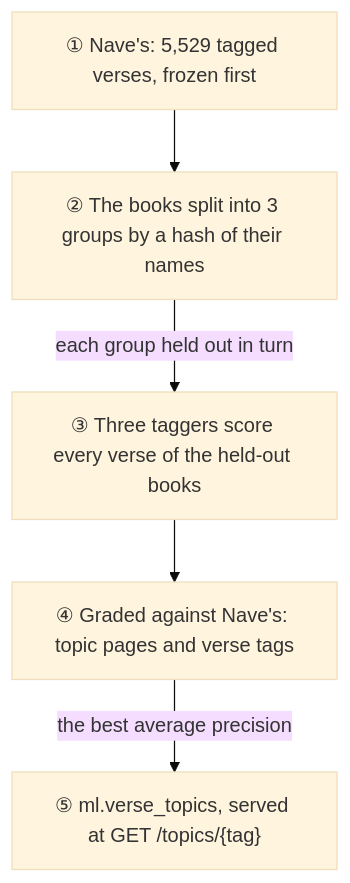
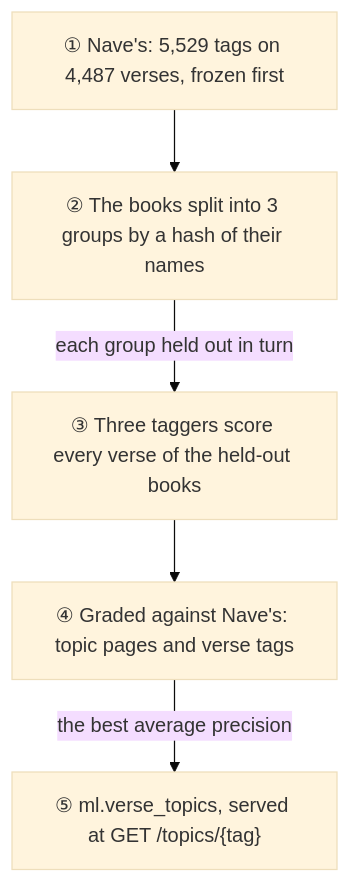
Before and after one commit to OGobidike/Morning-Manna: the diagram in docs/analysis/topic-tags.md, drawn with Mermaid (base theme). The commit also changed other lines of this file and 20 other files, not shown here.

````diff
--- a/docs/analysis/topic-tags.md
+++ b/docs/analysis/topic-tags.md
@@ -21,7 +21,7 @@
 ```mermaid
 flowchart TD
-    K["① Nave's: 5,529 tagged verses, frozen first"] --> G["② The books split into 3 groups by a hash of their names"]
+    K["① Nave's: 5,529 tags on 4,487 verses, frozen first"] --> G["② The books split into 3 groups by a hash of their names"]
     G -->|"each group held out in turn"| T["③ Three taggers score every verse of the held-out books"]
     T --> S["④ Graded against Nave's: topic pages and verse tags"]
     S -->|"the best average precision"| A["⑤ ml.verse_topics, served at GET /topics/{tag}"]
 ```
````
